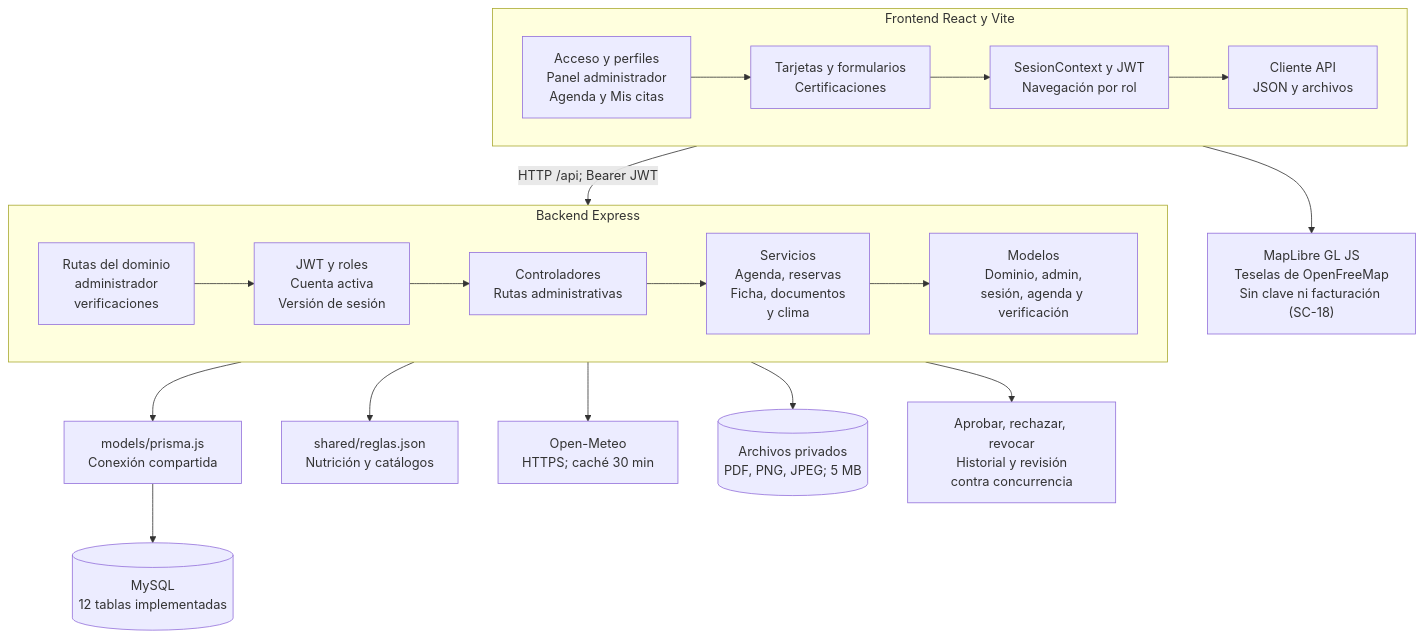
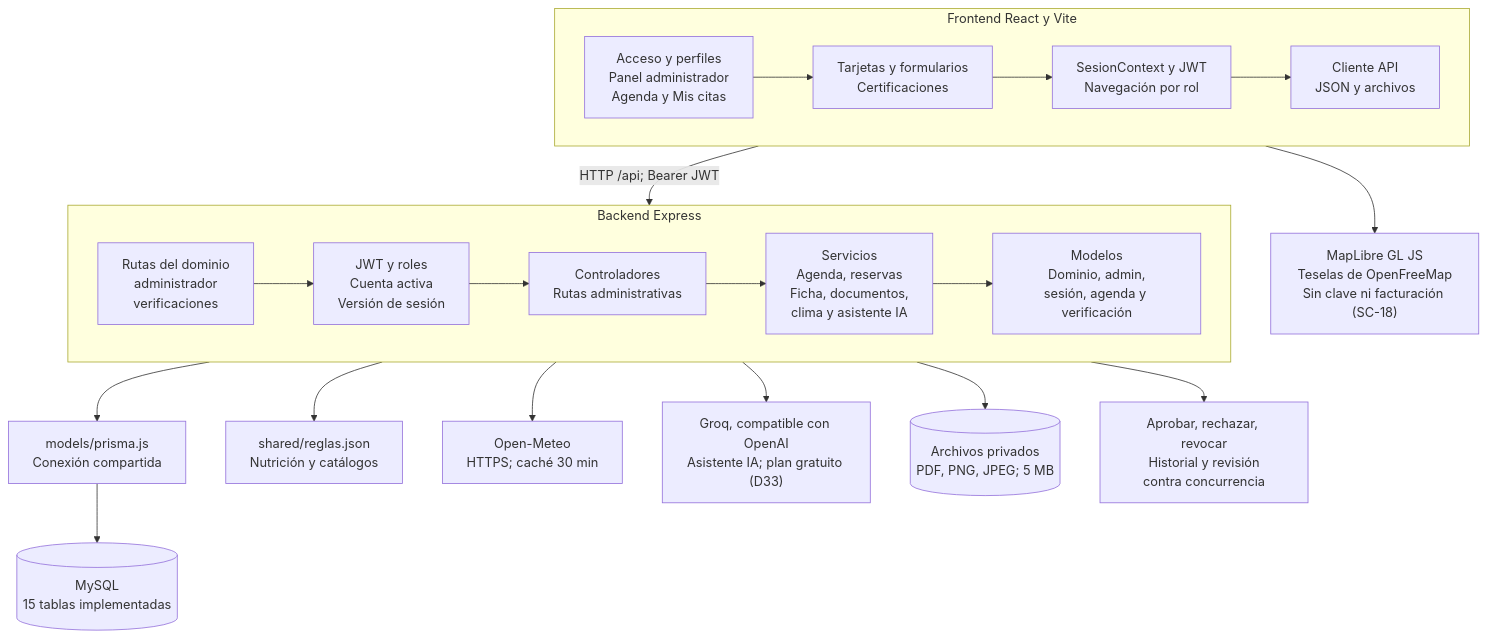
Before and after one commit to rodriacr/FitSearch: the diagram in FASE 2/Evidencias Proyecto/Evidencias de documentación/Diagramas (Miro)/Actualización Sprint 3/07_Vista_de_Desarrollo.mmd, drawn with Mermaid. The commit also changed 68 other files, not shown here.

Commit message:
FS-HU-07 y SC-25: asistente IA con Groq, DAS 1.25 y documentacion

```diff
--- a/FASE 2/Evidencias Proyecto/Evidencias de documentación/Diagramas (Miro)/Actualización Sprint 3/07_Vista_de_Desarrollo.mmd
+++ b/FASE 2/Evidencias Proyecto/Evidencias de documentación/Diagramas (Miro)/Actualización Sprint 3/07_Vista_de_Desarrollo.mmd
@@ -1,26 +1,27 @@
 flowchart TB
   subgraph SPA[Frontend React y Vite]
     direction LR
     P["Acceso y perfiles<br/>Panel administrador<br/>Agenda y Mis citas"]
     C["Tarjetas y formularios<br/>Certificaciones"]
     S["SesionContext y JWT<br/>Navegación por rol"]
     A["Cliente API<br/>JSON y archivos"]
     P --> C --> S --> A
   end
   subgraph API[Backend Express]
     direction LR
     R["Rutas del dominio<br/>administrador<br/>verificaciones"]
     M["JWT y roles<br/>Cuenta activa<br/>Versión de sesión"]
     K["Controladores<br/>Rutas administrativas"]
-    V["Servicios<br/>Agenda, reservas<br/>Ficha, documentos<br/>y clima"]
+    V["Servicios<br/>Agenda, reservas<br/>Ficha, documentos,<br/>clima y asistente IA"]
     D["Modelos<br/>Dominio, admin,<br/>sesión, agenda y verificación"]
     R --> M --> K --> V --> D
   end
   SPA -->|"HTTP /api; Bearer JWT"| API
   API --> PR["models/prisma.js<br/>Conexión compartida"]
-  PR --> DB[("MySQL<br/>12 tablas implementadas")]
+  PR --> DB[("MySQL<br/>15 tablas implementadas")]
   API --> G["shared/reglas.json<br/>Nutrición y catálogos"]
   API --> O["Open-Meteo<br/>HTTPS; caché 30 min"]
+  API --> IA["Groq, compatible con OpenAI<br/>Asistente IA; plan gratuito (D33)"]
   API --> F[("Archivos privados<br/>PDF, PNG, JPEG; 5 MB")]
   API --> N["Aprobar, rechazar, revocar<br/>Historial y revisión<br/>contra concurrencia"]
   SPA --> GM["MapLibre GL JS<br/>Teselas de OpenFreeMap<br/>Sin clave ni facturación (SC-18)"]
```
